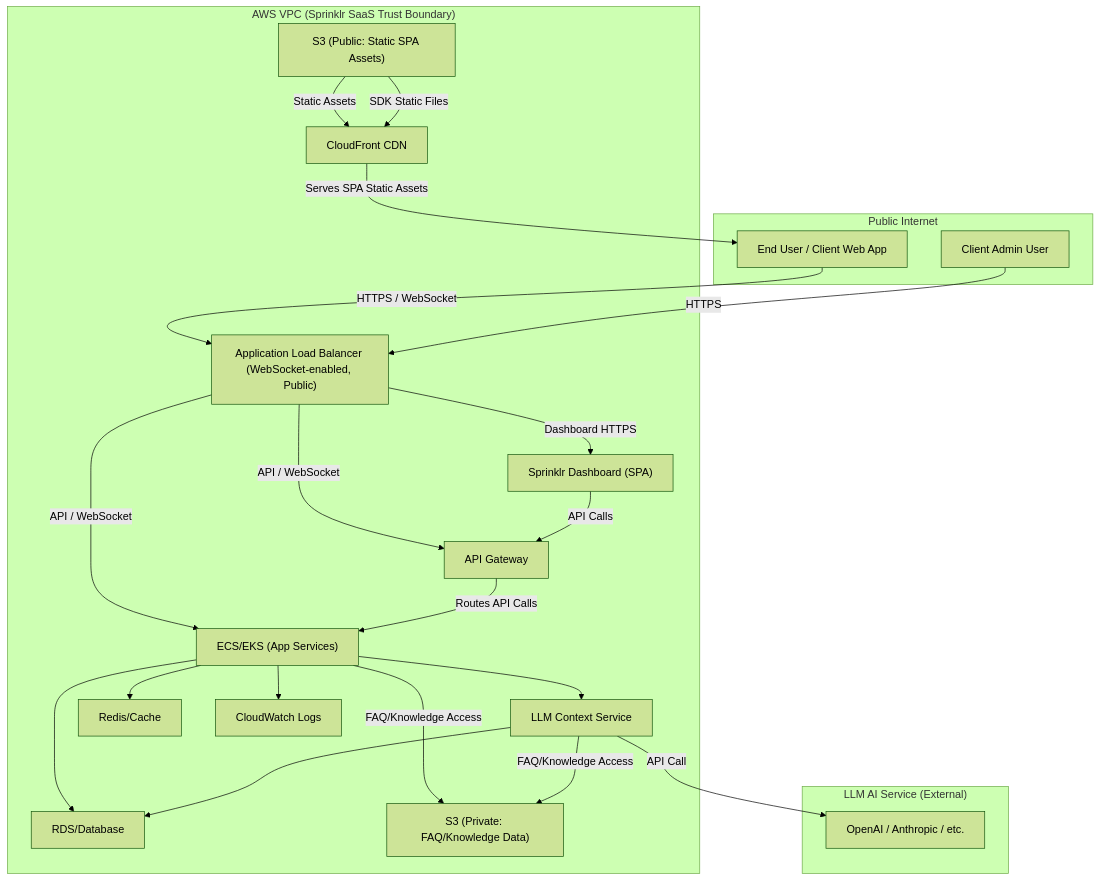
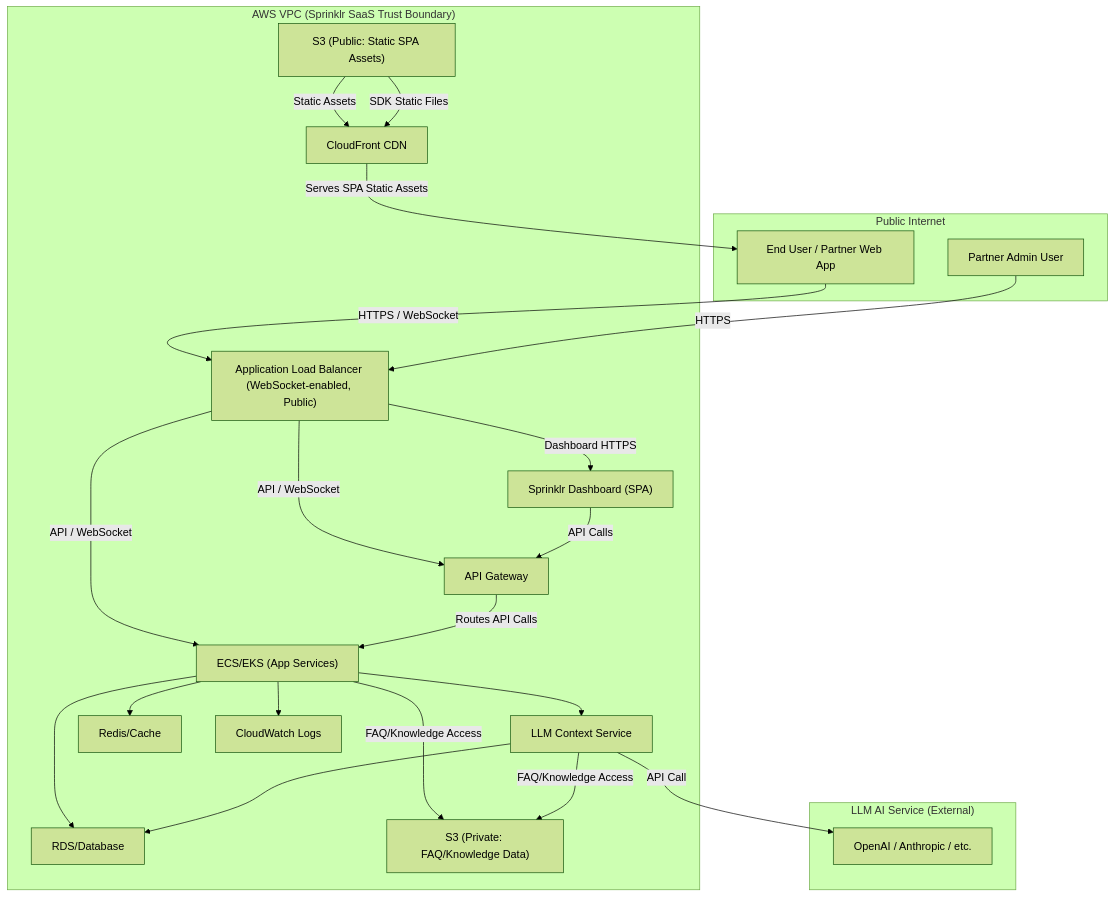
The second of 3 diagrams in threat-model/architecture.md (studiogangster/task-threat-model-realtime-livechat), drawn with Mermaid (forest theme) before and after one commit. The commit also changed other lines of this file and 4 other files, not shown here.

````diff
--- a/threat-model/architecture.md
+++ b/threat-model/architecture.md
@@ -45,61 +45,61 @@
 ```mermaid
 flowchart TD
   subgraph Public["Public Internet"]
-    PUB["End User / Client Web App"]
-    CAU["Client Admin User"]
+    PUB["End User / Partner Web App"]
+    CAU["Partner Admin User"]
   end
 
   subgraph VPC["AWS VPC (Sprinklr SaaS Trust Boundary)"]
     ALB["Application Load Balancer (WebSocket-enabled, Public)"]
     AGW["API Gateway"]
     ECS["ECS/EKS (App Services)"]
     LLM["LLM Context Service"]
     RDS["RDS/Database"]
     S3PUB["S3 (Public: Static SPA Assets)"]
     S3PRIV["S3 (Private: FAQ/Knowledge Data)"]
     REDIS["Redis/Cache"]
     LOGS["CloudWatch Logs"]
     CF["CloudFront CDN"]
     DASH["Sprinklr Dashboard (SPA)"]
   end
 
   subgraph LLMExt["LLM AI Service (External)"]
     LLMAPI["OpenAI / Anthropic / etc."]
   end
 
   %% All users access via ALB
   PUB -- "HTTPS / WebSocket" --> ALB
   CAU -- "HTTPS" --> ALB
 
   %% ALB routes to API Gateway and ECS
   ALB -- "API / WebSocket" --> AGW
   ALB -- "API / WebSocket" --> ECS
 
   %% Dashboard (SPA) is served as static assets via CloudFront
   CF -- "Serves SPA Static Assets" --> PUB
   S3PUB -- "Static Assets" --> CF
 
   %% Dashboard (SPA) API calls go via ALB -> AGW -> ECS
   AGW -- "Routes API Calls" --> ECS
   DASH -- "API Calls" --> AGW
 
   %% ECS/LLM access private S3 for FAQ/Knowledge
   ECS -- "FAQ/Knowledge Access" --> S3PRIV
   LLM -- "FAQ/Knowledge Access" --> S3PRIV
 
   %% ECS/LLM internal flows
   ECS --> LLM
   ECS --> RDS
   ECS --> REDIS
   ECS --> LOGS
   LLM --> RDS
 
   %% LLM Context Service calls external LLM API
   LLM -- "API Call" --> LLMAPI
 
   %% Static SDK delivery (if needed)
   S3PUB -- "SDK Static Files" --> CF
 
   %% Dashboard login/integration management via ALB
   ALB -- "Dashboard HTTPS" --> DASH
 ```
````
